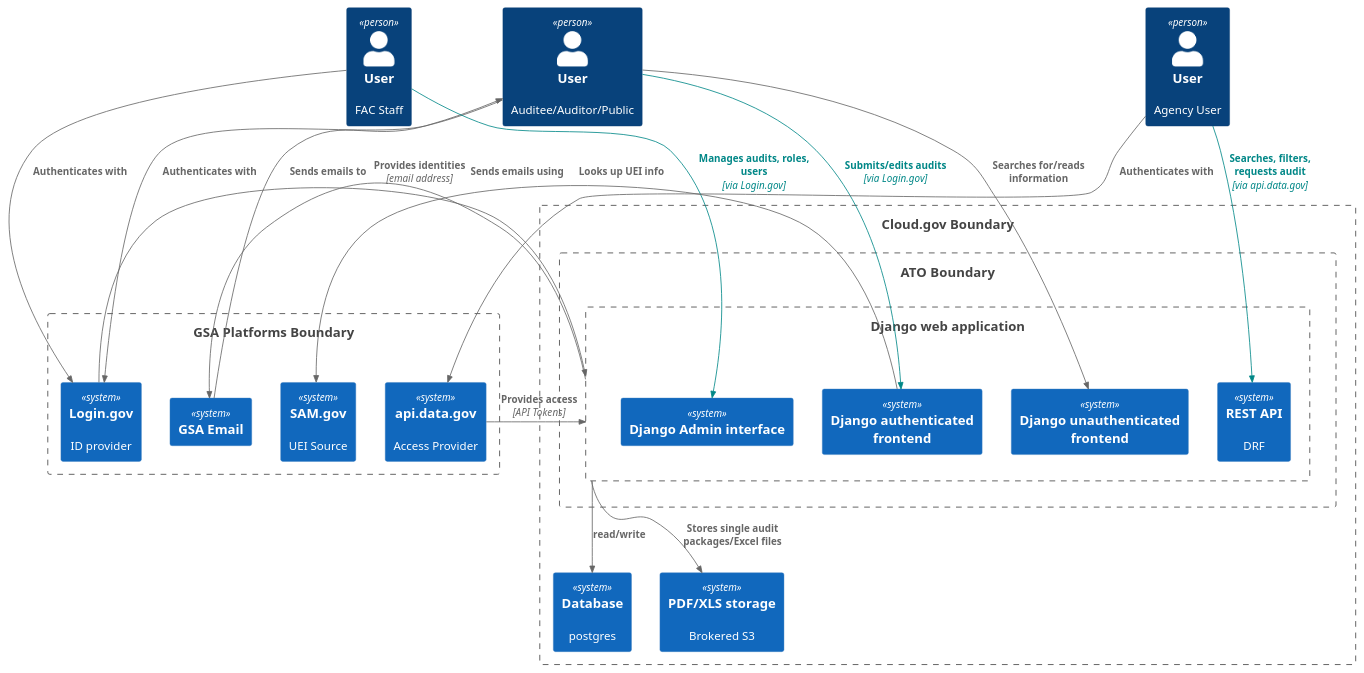
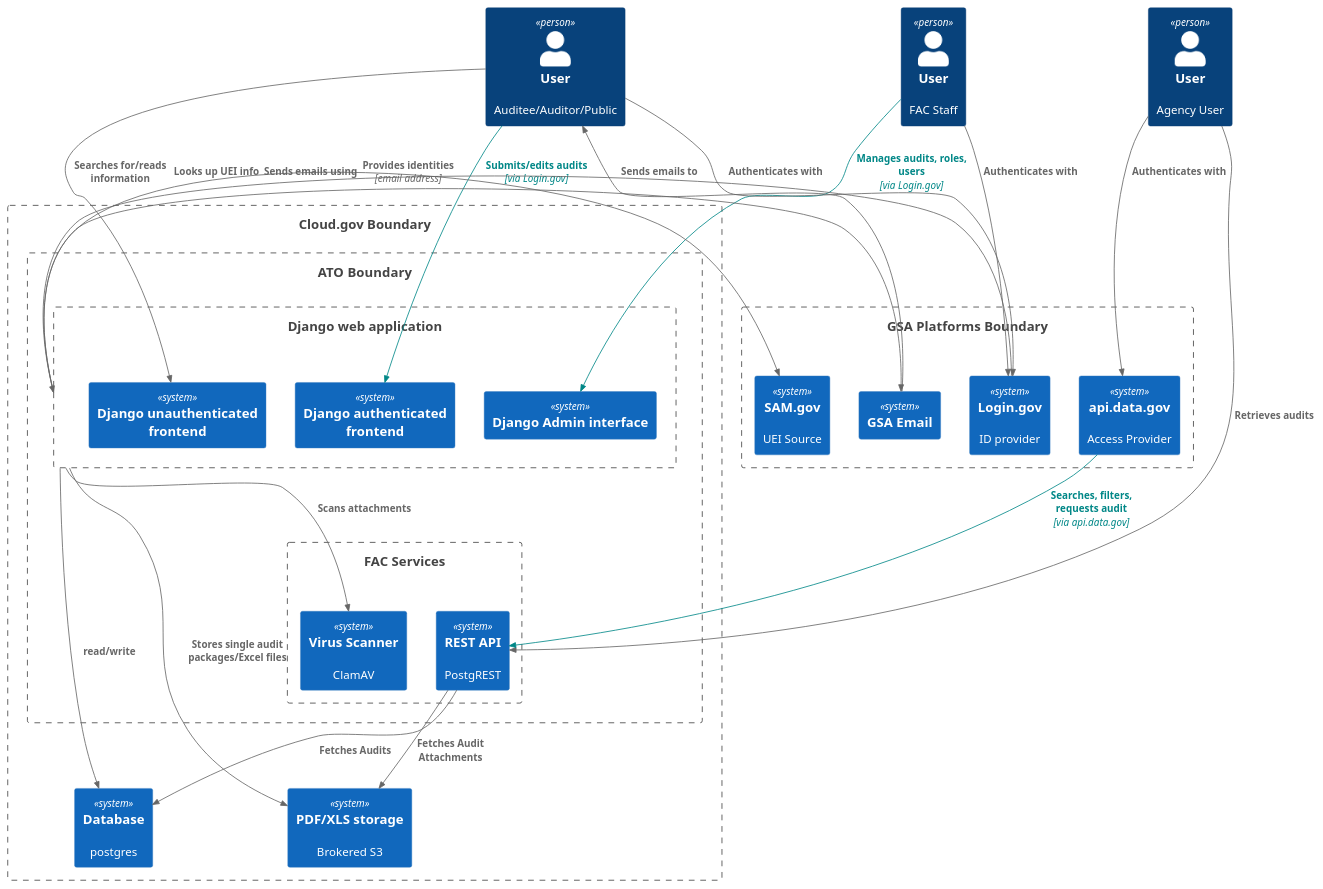
Before and after one commit to GSA-TTS/FAC: the diagram in docs/architecture/diagrams/src/fac_system_context_unified.puml, drawn with PlantUML. The commit also changed 1 other file, not shown here.

Commit message:
Add ClamAV and PostgREST

```diff
--- a/docs/architecture/diagrams/src/fac_system_context_unified.puml
+++ b/docs/architecture/diagrams/src/fac_system_context_unified.puml
@@ -1,50 +1,55 @@
 @startuml FAC_System_Context_unified
 !include https://raw.githubusercontent.com/plantuml-stdlib/C4-PlantUML/master/C4_Container.puml
 
 Person(User, "User", "Auditee/Auditor/Public")
 Person(Staff, "User", "FAC Staff")
 Person(Agency, "User", "Agency User")
 
 
 Boundary(cloudgov, "Cloud.gov Boundary") {
     Boundary(atob, "ATO Boundary") {
         Boundary(backend, "Django web application") {
-            System(api, "REST API", "DRF")
             System(admin, "Django Admin interface")
             System(submissions, "Django authenticated frontend")
             System(publicinfo, "Django unauthenticated frontend")
+        }
+        Boundary(services, "FAC Services") {
+            System(api, "REST API", "PostgREST")
+            System(scan, "Virus Scanner", "ClamAV")
         }
     }
     System(db, "Database", "postgres")
     System(s3, "PDF/XLS storage", "Brokered S3")
 }
 
 Boundary(gsaplatforms, "GSA Platforms Boundary") {
     System(Login, "Login.gov", "ID provider")
     System(datagov, "api.data.gov", "Access Provider")
     System(samgov, "SAM.gov", "UEI Source")
     System(Email, "GSA Email")
 }
 
 AddRelTag("authenticated", $lineColor="#008787", $textColor="#008787")
 Rel(User, submissions, "Submits/edits audits", "via Login.gov", $tags="authenticated")
 Rel(User, publicinfo, "Searches for/reads information")
+Rel(Staff, admin, "Manages audits, roles, users", "via Login.gov", $tags="authenticated")
+Rel(Agency, api, "Retrieves audits")
 
 Rel(User, Login, "Authenticates with")
 Rel(Agency, datagov, "Authenticates with")
-
 Rel(Staff, Login, "Authenticates with")
-Rel(Email, User, "Sends emails to")
-Rel(Staff, admin, "Manages audits, roles, users", "via Login.gov", $tags="authenticated")
-Rel(Agency, api, "Searches, filters, requests audit", "via api.data.gov", $tags="authenticated")
-
-Rel(Login, backend, "Provides identities", "email address")
-Rel(datagov, backend, "Provides access", "API Tokens")
 
 Rel(backend, Email, "Sends emails using")
-Rel(submissions, samgov, "Looks up UEI info")
+Rel(Email, User, "Sends emails to")
 
+Rel(datagov, api, "Searches, filters, requests audit", "via api.data.gov", $tags="authenticated")
+Rel(Login, backend, "Provides identities", "email address")
+Rel(api, db, "Fetches Audits")
+Rel(api, s3, "Fetches Audit Attachments")
+
+Rel(backend, samgov, "Looks up UEI info")
+Rel(backend, scan, "Scans attachments")
 Rel(backend, db, "read/write")
 Rel(backend, s3, "Stores single audit packages/Excel files")
 
 @enduml
```
